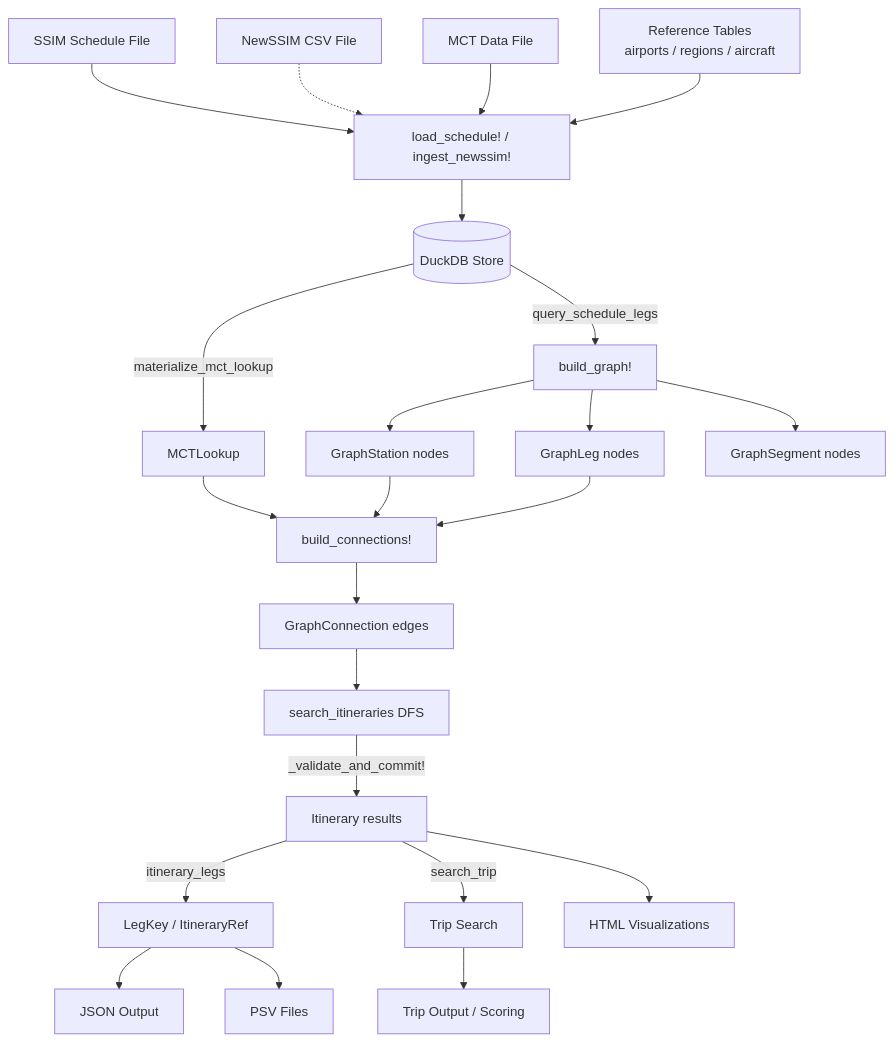
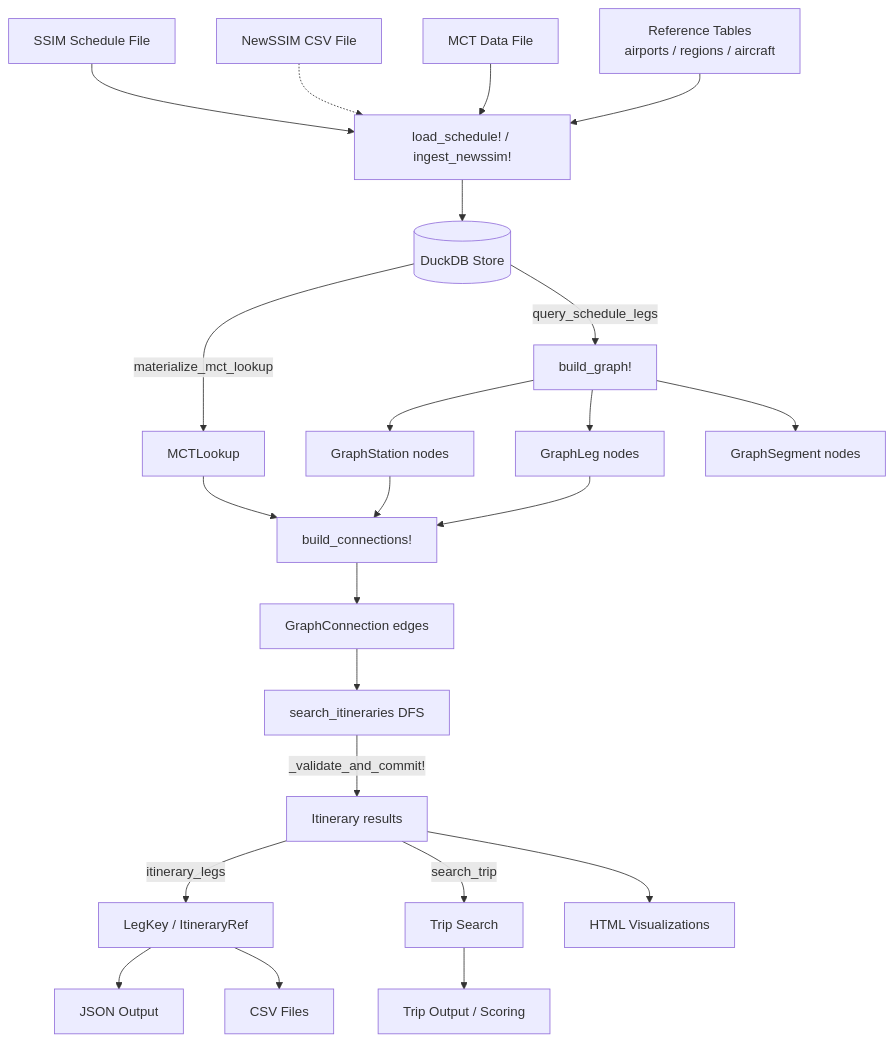
One commit to cell-scape/ItinerarySearch.jl changed the first of 2 diagrams in docs/src/architecture.md. Above: the diagram before and after it, drawn with Mermaid. The commit also changed other lines of this file and 7 other files, not shown here.

Commit message:
docs: update all documentation references from PSV to CSV

````diff
--- a/docs/src/architecture.md
+++ b/docs/src/architecture.md
@@ -7,32 +7,32 @@
 ```mermaid
 graph TD
     SSIM[SSIM Schedule File] --> Ingest
     NewSSIM[NewSSIM CSV File] -.-> Ingest
     MCT[MCT Data File] --> Ingest
     Refs[Reference Tables\nairports / regions / aircraft] --> Ingest
 
     Ingest[load_schedule! / ingest_newssim!] --> DuckDB[(DuckDB Store)]
 
     DuckDB --> |query_schedule_legs| GraphBuild[build_graph!]
     DuckDB --> |materialize_mct_lookup| MCTLookup[MCTLookup]
 
     GraphBuild --> Stations[GraphStation nodes]
     GraphBuild --> Legs[GraphLeg nodes]
     GraphBuild --> Segments[GraphSegment nodes]
     MCTLookup --> ConnBuild
 
     Stations --> ConnBuild[build_connections!]
     Legs --> ConnBuild
     ConnBuild --> Connections[GraphConnection edges]
 
     Connections --> DFS[search_itineraries DFS]
     DFS --> |_validate_and_commit!| Itineraries[Itinerary results]
 
     Itineraries --> |itinerary_legs| LegIndex[LegKey / ItineraryRef]
     Itineraries --> |search_trip| Trips[Trip Search]
 
     LegIndex --> JSON[JSON Output]
-    LegIndex --> PSV[PSV Files]
+    LegIndex --> CSV[CSV Files]
     Trips --> TripOut[Trip Output / Scoring]
     Itineraries --> Viz[HTML Visualizations]
 ```
````
